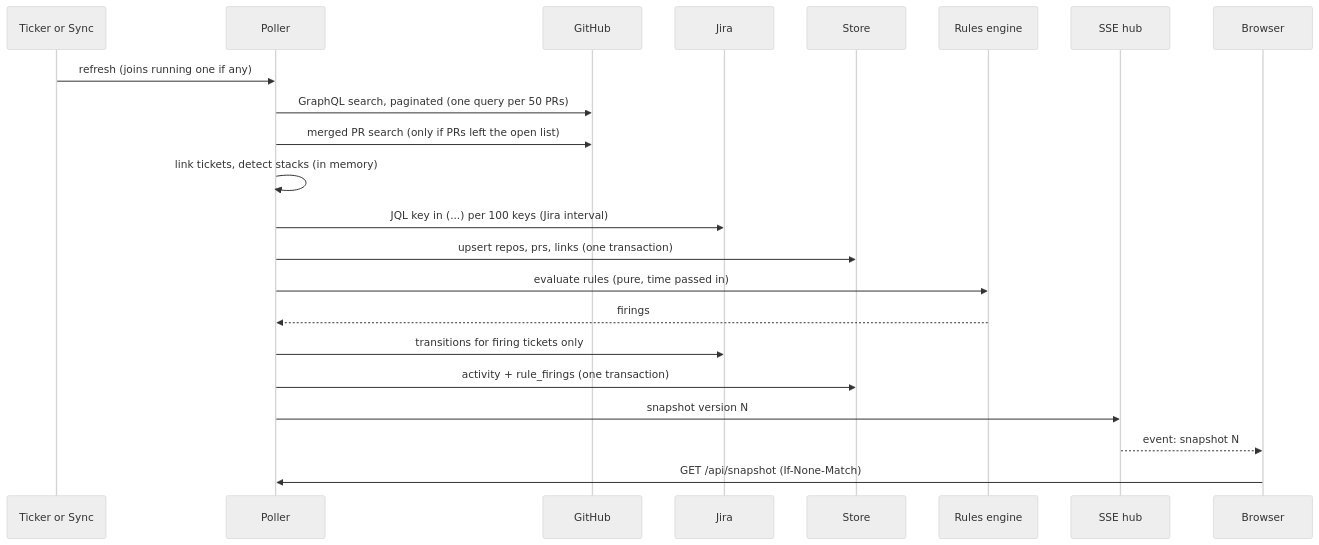
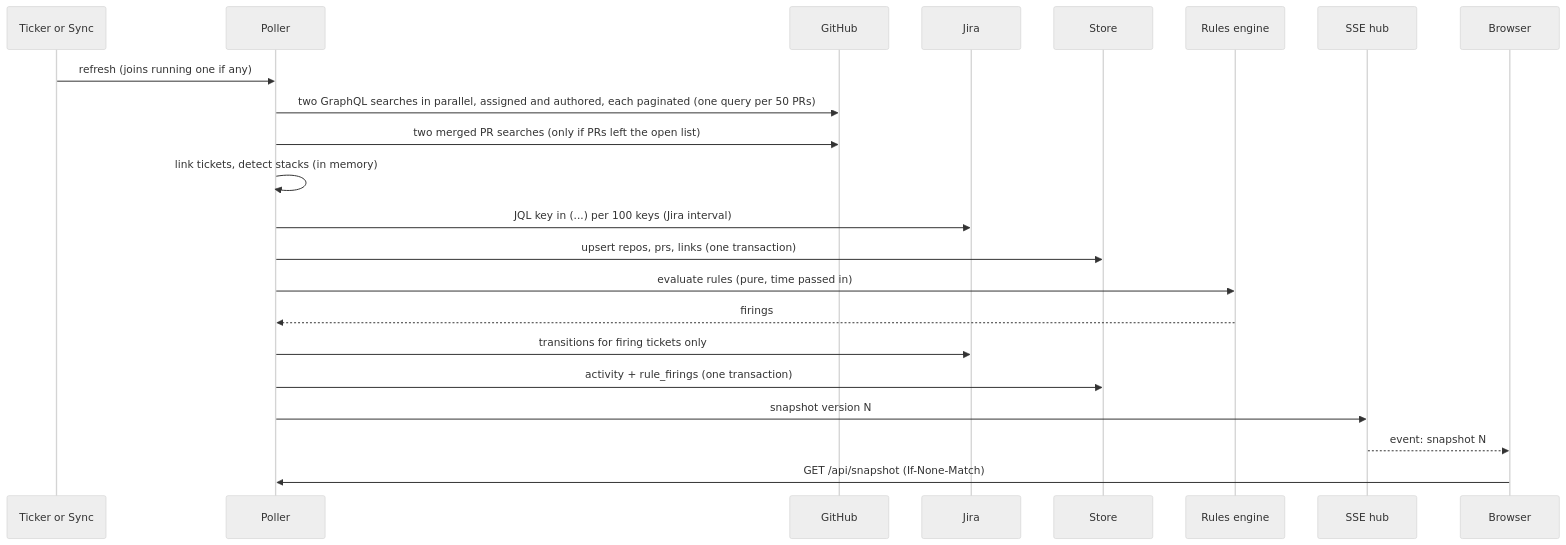
The second of 3 diagrams in docs/architecture.md (ATP-MiNTo/PRDashboards), drawn with Mermaid (neutral theme) before and after one commit. The commit also changed other lines of this file and 17 other files, not shown here.

First line of the commit message:
fix: list pull requests opened by me as well as ones assigned to me

````diff
--- a/docs/architecture.md
+++ b/docs/architecture.md
@@ -53,25 +53,25 @@
 ```mermaid
 sequenceDiagram
   participant T as Ticker or Sync
   participant P as Poller
   participant G as GitHub
   participant J as Jira
   participant S as Store
   participant R as Rules engine
   participant H as SSE hub
   participant B as Browser
 
   T->>P: refresh (joins running one if any)
-  P->>G: GraphQL search, paginated (one query per 50 PRs)
-  P->>G: merged PR search (only if PRs left the open list)
+  P->>G: two GraphQL searches in parallel, assigned and authored, each paginated (one query per 50 PRs)
+  P->>G: two merged PR searches (only if PRs left the open list)
   P->>P: link tickets, detect stacks (in memory)
   P->>J: JQL key in (...) per 100 keys (Jira interval)
   P->>S: upsert repos, prs, links (one transaction)
   P->>R: evaluate rules (pure, time passed in)
   R-->>P: firings
   P->>J: transitions for firing tickets only
   P->>S: activity + rule_firings (one transaction)
   P->>H: snapshot version N
   H-->>B: event: snapshot N
   B->>P: GET /api/snapshot (If-None-Match)
 ```
````
